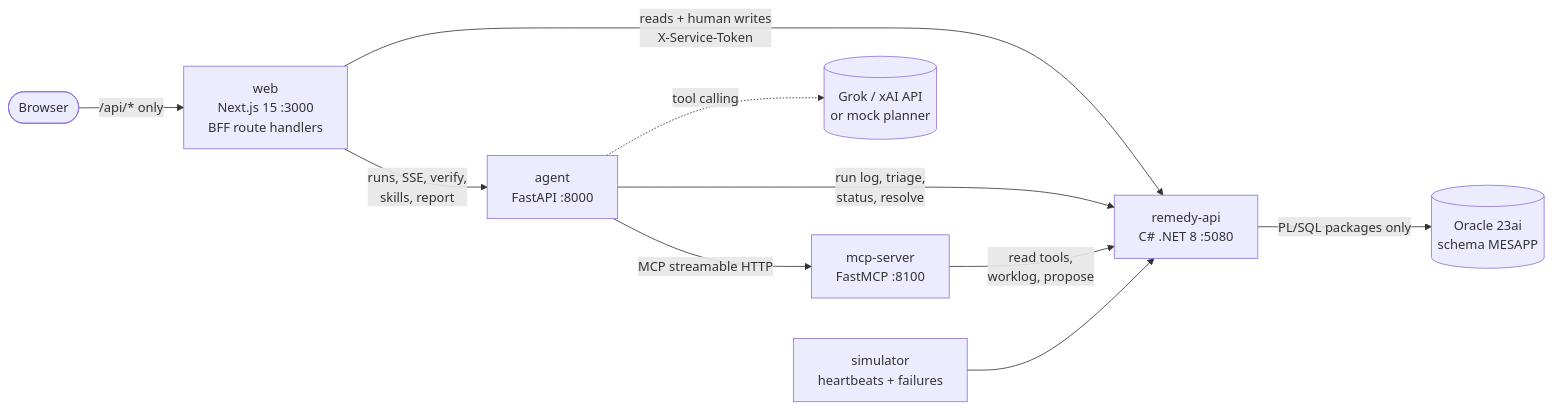
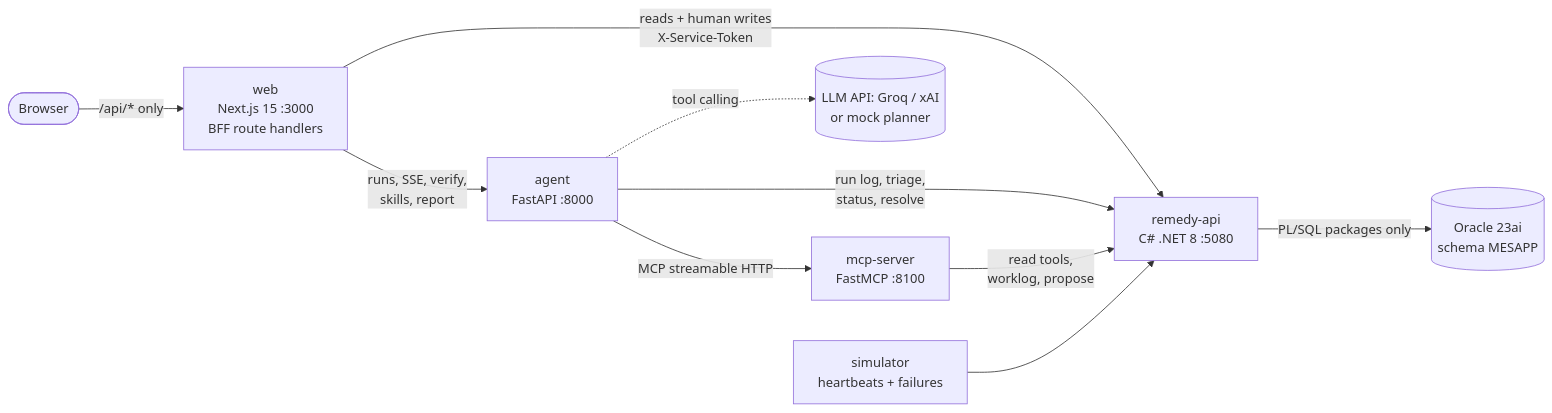
The diagram in README.md (satetapongsa/mes-incident-agent), drawn with Mermaid before and after one commit. The commit also changed other lines of this file, not shown here.

Commit message:
Update README for Groq setup and new web features

````diff
--- a/README.md
+++ b/README.md
@@ -19,12 +19,12 @@
 ```mermaid
 flowchart LR
     B([Browser]) -->|/api/* only| W[web<br/>Next.js 15 :3000<br/>BFF route handlers]
     W -->|reads + human writes<br/>X-Service-Token| R[remedy-api<br/>C# .NET 8 :5080]
     W -->|runs, SSE, verify,<br/>skills, report| A[agent<br/>FastAPI :8000]
     A -->|MCP streamable HTTP| M[mcp-server<br/>FastMCP :8100]
     A -->|run log, triage,<br/>status, resolve| R
-    A -.->|tool calling| G[(Grok / xAI API<br/>or mock planner)]
+    A -.->|tool calling| G[(LLM API: Groq / xAI<br/>or mock planner)]
     M -->|read tools,<br/>worklog, propose| R
     S[simulator<br/>heartbeats + failures] --> R
     R -->|PL/SQL packages only| O[(Oracle 23ai<br/>schema MESAPP)]
 ```
````
